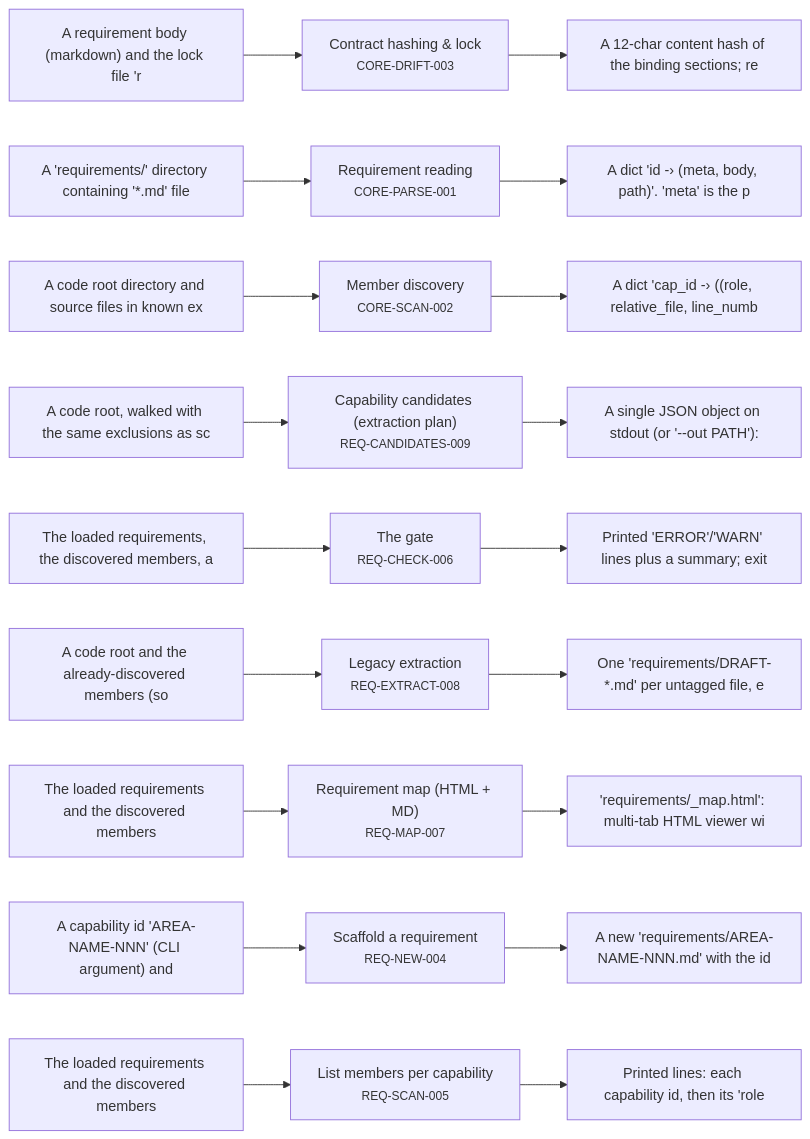
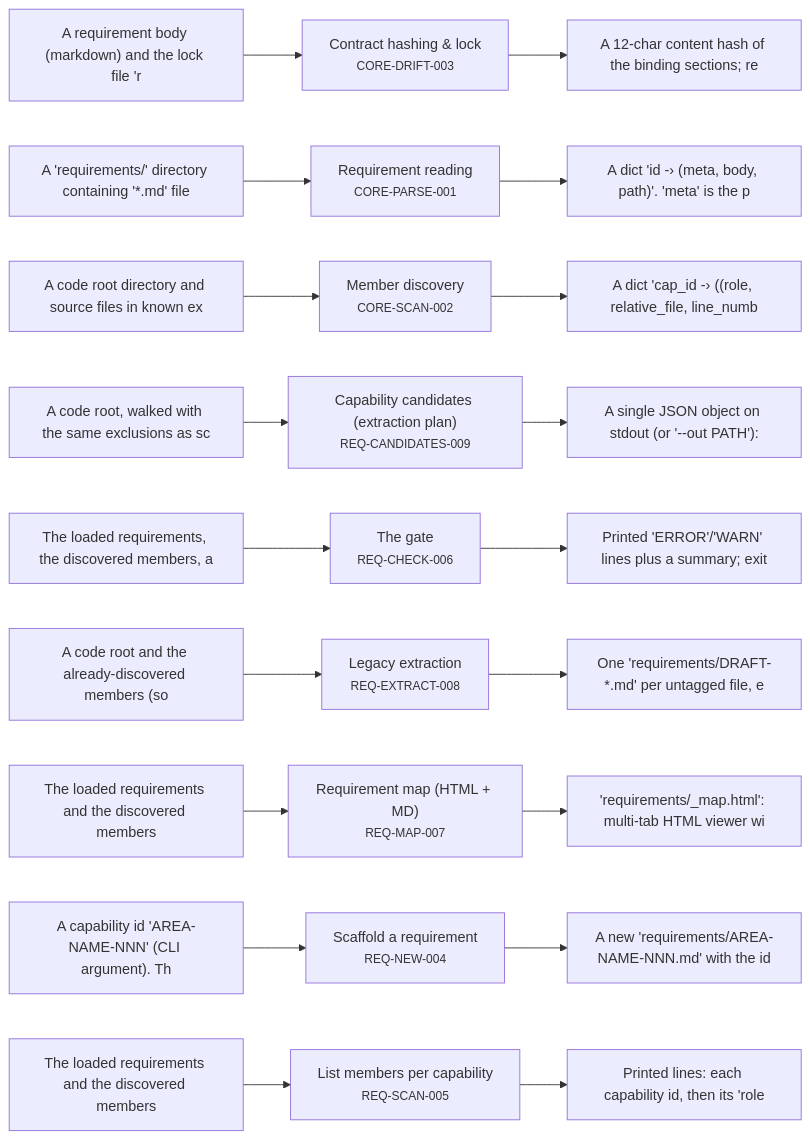
One commit to alxmax/Requirement-manager changed the third of 5 diagrams in plugin/requirements/_map.md. Above: the diagram before and after it, drawn with Mermaid. The commit also changed other lines of this file and 7 other files, not shown here.

````diff
--- a/plugin/requirements/_map.md
+++ b/plugin/requirements/_map.md
@@ -90,39 +90,39 @@
 ```mermaid
 flowchart LR
   in_CORE_DRIFT_003["A requirement body (markdown) and the lock file 'r"]
   CORE_DRIFT_003["Contract hashing & lock<br><small>CORE-DRIFT-003</small>"]
   out_CORE_DRIFT_003["A 12-char content hash of the binding sections; re"]
   in_CORE_DRIFT_003 --> CORE_DRIFT_003 --> out_CORE_DRIFT_003
   in_CORE_PARSE_001["A 'requirements/' directory containing '*.md' file"]
   CORE_PARSE_001["Requirement reading<br><small>CORE-PARSE-001</small>"]
   out_CORE_PARSE_001["A dict 'id -› (meta, body, path)'. 'meta' is the p"]
   in_CORE_PARSE_001 --> CORE_PARSE_001 --> out_CORE_PARSE_001
   in_CORE_SCAN_002["A code root directory and source files in known ex"]
   CORE_SCAN_002["Member discovery<br><small>CORE-SCAN-002</small>"]
   out_CORE_SCAN_002["A dict 'cap_id -› ((role, relative_file, line_numb"]
   in_CORE_SCAN_002 --> CORE_SCAN_002 --> out_CORE_SCAN_002
   in_REQ_CANDIDATES_009["A code root, walked with the same exclusions as sc"]
   REQ_CANDIDATES_009["Capability candidates (extraction plan)<br><small>REQ-CANDIDATES-009</small>"]
   out_REQ_CANDIDATES_009["A single JSON object on stdout (or '--out PATH'): "]
   in_REQ_CANDIDATES_009 --> REQ_CANDIDATES_009 --> out_REQ_CANDIDATES_009
   in_REQ_CHECK_006["The loaded requirements, the discovered members, a"]
   REQ_CHECK_006["The gate<br><small>REQ-CHECK-006</small>"]
   out_REQ_CHECK_006["Printed 'ERROR'/'WARN' lines plus a summary; exit "]
   in_REQ_CHECK_006 --> REQ_CHECK_006 --> out_REQ_CHECK_006
   in_REQ_EXTRACT_008["A code root and the already-discovered members (so"]
   REQ_EXTRACT_008["Legacy extraction<br><small>REQ-EXTRACT-008</small>"]
   out_REQ_EXTRACT_008["One 'requirements/DRAFT-*.md' per untagged file, e"]
   in_REQ_EXTRACT_008 --> REQ_EXTRACT_008 --> out_REQ_EXTRACT_008
   in_REQ_MAP_007["The loaded requirements and the discovered members"]
   REQ_MAP_007["Requirement map (HTML + MD)<br><small>REQ-MAP-007</small>"]
   out_REQ_MAP_007["'requirements/_map.html': multi-tab HTML viewer wi"]
   in_REQ_MAP_007 --> REQ_MAP_007 --> out_REQ_MAP_007
-  in_REQ_NEW_004["A capability id 'AREA-NAME-NNN' (CLI argument) and"]
+  in_REQ_NEW_004["A capability id 'AREA-NAME-NNN' (CLI argument). Th"]
   REQ_NEW_004["Scaffold a requirement<br><small>REQ-NEW-004</small>"]
   out_REQ_NEW_004["A new 'requirements/AREA-NAME-NNN.md' with the id "]
   in_REQ_NEW_004 --> REQ_NEW_004 --> out_REQ_NEW_004
   in_REQ_SCAN_005["The loaded requirements and the discovered members"]
   REQ_SCAN_005["List members per capability<br><small>REQ-SCAN-005</small>"]
   out_REQ_SCAN_005["Printed lines: each capability id, then its 'role "]
   in_REQ_SCAN_005 --> REQ_SCAN_005 --> out_REQ_SCAN_005
 ```
````
